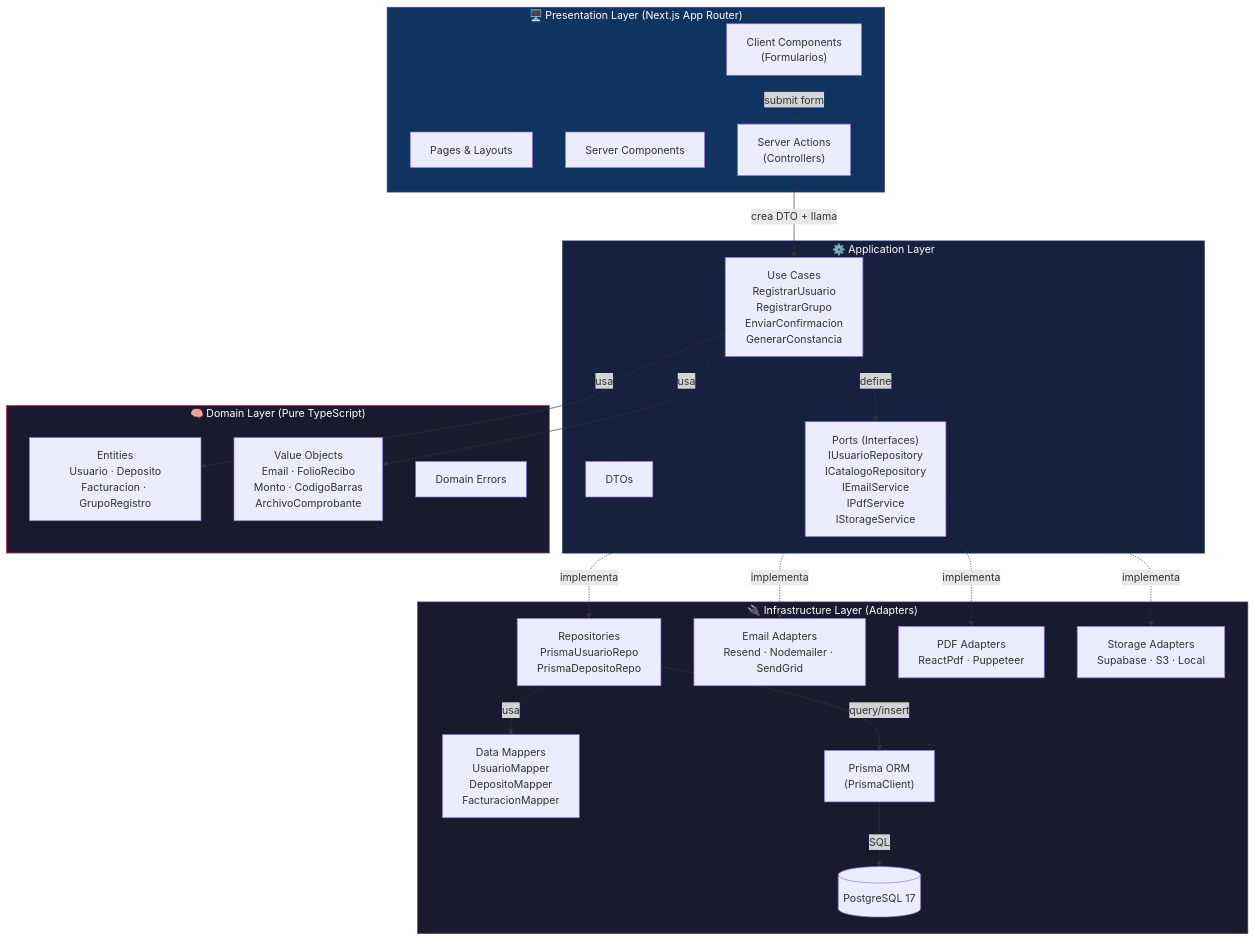
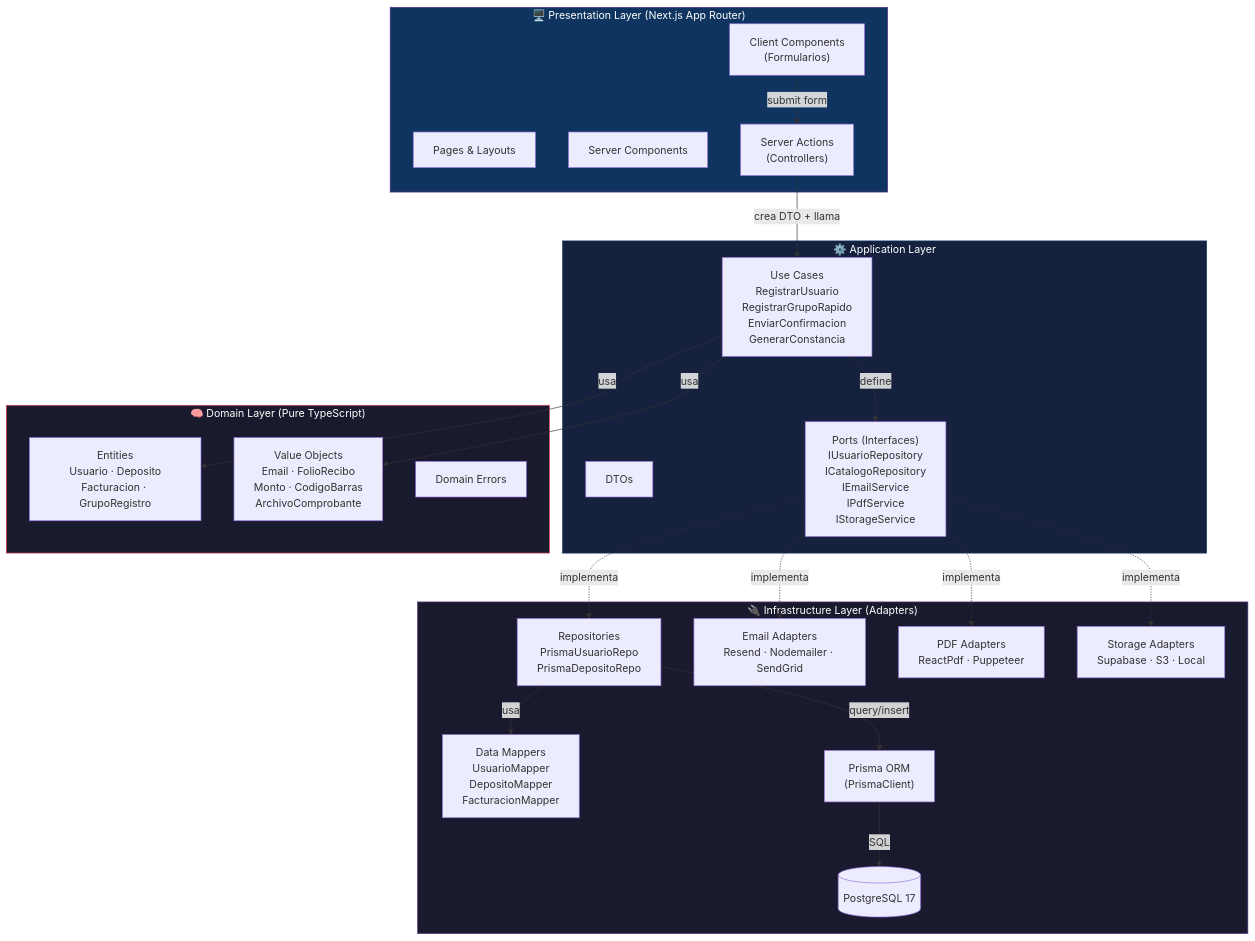
The first of 14 diagrams in docs/DESIGN.md (iKinoo/aniei-registro-2026), drawn with Mermaid before and after one commit. The commit also changed other lines of this file and 7 other files, not shown here.

Commit message:
refactor: group registration flow to use RegistrarGrupoRapido and remove legacy components

````diff
--- a/docs/DESIGN.md
+++ b/docs/DESIGN.md
@@ -254,51 +254,51 @@
 ```mermaid
 graph TB
     subgraph Presentation["🖥️ Presentation Layer (Next.js App Router)"]
         Pages["Pages & Layouts"]
         SC["Server Components"]
         CC["Client Components<br/>(Formularios)"]
         SA["Server Actions<br/>(Controllers)"]
     end
 
     subgraph Application["⚙️ Application Layer"]
-        UC["Use Cases<br/>RegistrarUsuario<br/>RegistrarGrupo<br/>EnviarConfirmacion<br/>GenerarConstancia"]
+        UC["Use Cases<br/>RegistrarUsuario<br/>RegistrarGrupoRapido<br/>EnviarConfirmacion<br/>GenerarConstancia"]
         DTO["DTOs"]
         Ports["Ports (Interfaces)<br/>IUsuarioRepository<br/>ICatalogoRepository<br/>IEmailService<br/>IPdfService<br/>IStorageService"]
     end
 
     subgraph Domain["🧠 Domain Layer (Pure TypeScript)"]
         Entities["Entities<br/>Usuario · Deposito<br/>Facturacion · GrupoRegistro"]
         VO["Value Objects<br/>Email · FolioRecibo<br/>Monto · CodigoBarras<br/>ArchivoComprobante"]
         DErr["Domain Errors"]
     end
 
     subgraph Infrastructure["🔌 Infrastructure Layer (Adapters)"]
         Repos["Repositories<br/>PrismaUsuarioRepo<br/>PrismaDepositoRepo"]
         Mappers["Data Mappers<br/>UsuarioMapper<br/>DepositoMapper<br/>FacturacionMapper"]
         ORM["Prisma ORM<br/>(PrismaClient)"]
         EmailSvc["Email Adapters<br/>Resend · Nodemailer · SendGrid"]
         PdfSvc["PDF Adapters<br/>ReactPdf · Puppeteer"]
         StoreSvc["Storage Adapters<br/>Supabase · S3 · Local"]
         DB[("PostgreSQL 17")]
     end
 
     CC -->|"submit form"| SA
     SA -->|"crea DTO + llama"| UC
     UC -->|"usa"| Entities
     UC -->|"usa"| VO
     UC -->|"define"| Ports
 
     Ports -.->|"implementa"| Repos
     Ports -.->|"implementa"| EmailSvc
     Ports -.->|"implementa"| PdfSvc
     Ports -.->|"implementa"| StoreSvc
 
     Repos -->|"usa"| Mappers
     Repos -->|"query/insert"| ORM
     ORM -->|"SQL"| DB
 
     style Domain fill:#1a1a2e,stroke:#e94560,color:#fff
     style Application fill:#16213e,stroke:#0f3460,color:#fff
     style Presentation fill:#0f3460,stroke:#533483,color:#fff
     style Infrastructure fill:#1a1a2e,stroke:#533483,color:#fff
 ```
````
